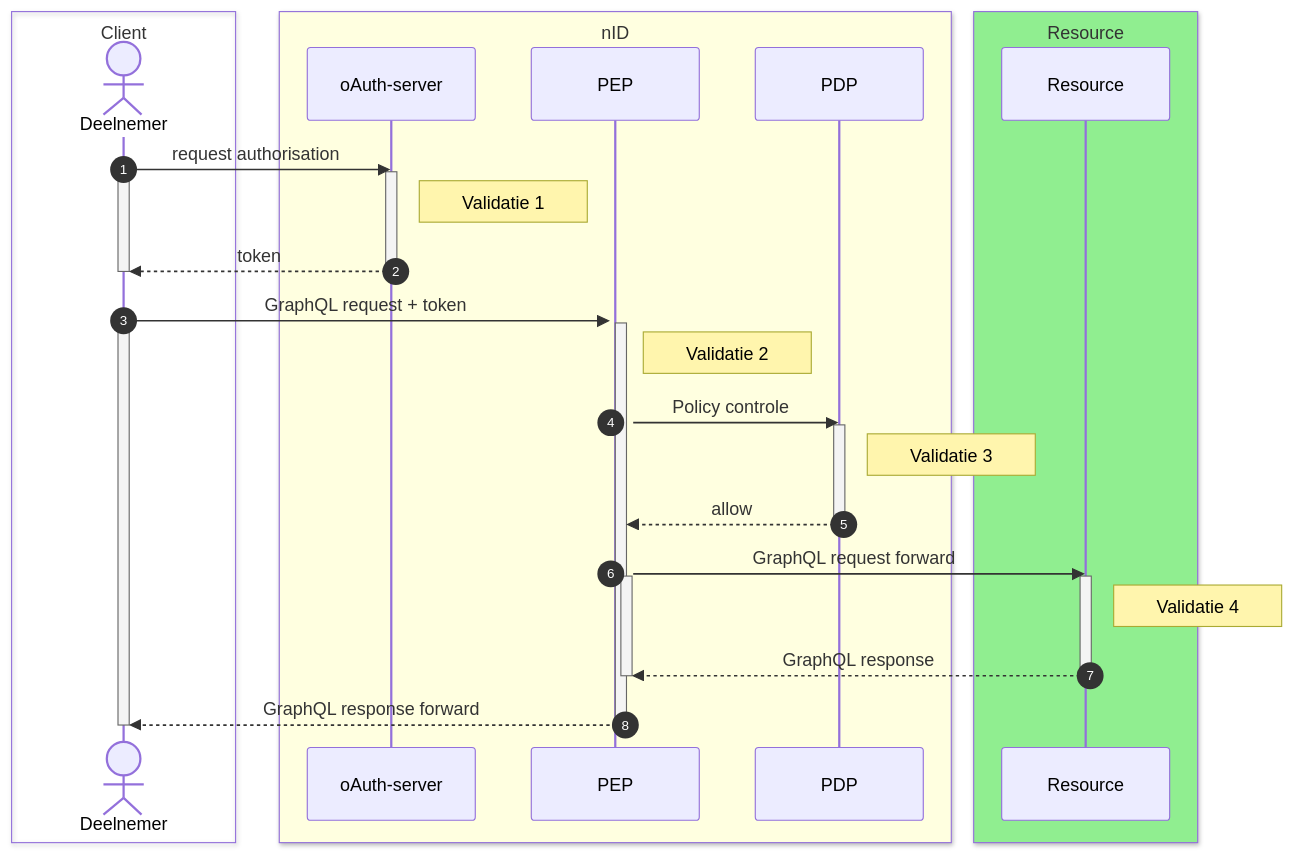
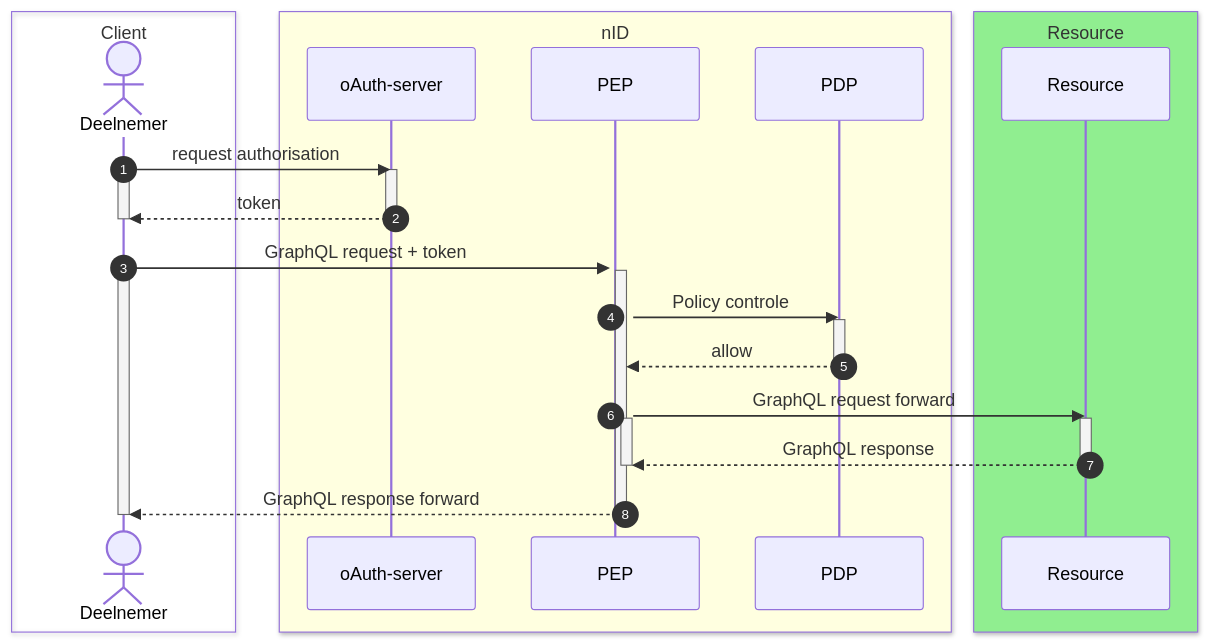
Before and after one commit to iStandaarden/iWlz-RequestForComment: the first of 3 diagrams in RFC/RFC0040 - GraphQL http-statuscodes.md, drawn with Mermaid. The commit also changed other lines of this file, not shown here.

````diff
--- a/RFC/RFC0040 - GraphQL http-statuscodes.md
+++ b/RFC/RFC0040 - GraphQL http-statuscodes.md
@@ -71,50 +471,50 @@
 ```mermaid
 ---
 config:
   theme: default
 ---
 sequenceDiagram
 autonumber
   box Client
   actor Deelnemer
   end
 
   box lightyellow nID
   participant authz as oAuth-server
   participant PEP
   participant PDP
   end
 
   box lightgreen Resource
   participant Resource
   end
 
   Deelnemer->>authz: request authorisation
   activate authz
   activate Deelnemer
-    note right of authz: Validatie 1
+
     authz-->>Deelnemer: token
   deactivate authz
   deactivate Deelnemer
 
   Deelnemer->>+PEP: GraphQL request + token
   activate Deelnemer
     activate PEP
-    note right of PEP: Validatie 2
+
     PEP->>PDP: Policy controle
       activate PDP
-      note right of PDP: Validatie 3
+
       PDP-->>PEP: allow
       deactivate PDP
     PEP->>Resource: GraphQL request forward
       activate PEP
         activate Resource
-        note right of Resource: Validatie 4
+
         Resource-->>PEP: GraphQL response
         deactivate Resource
       deactivate PEP
     PEP-->> Deelnemer: GraphQL response forward
     deactivate PEP
   deactivate Deelnemer
 
 ```
````
